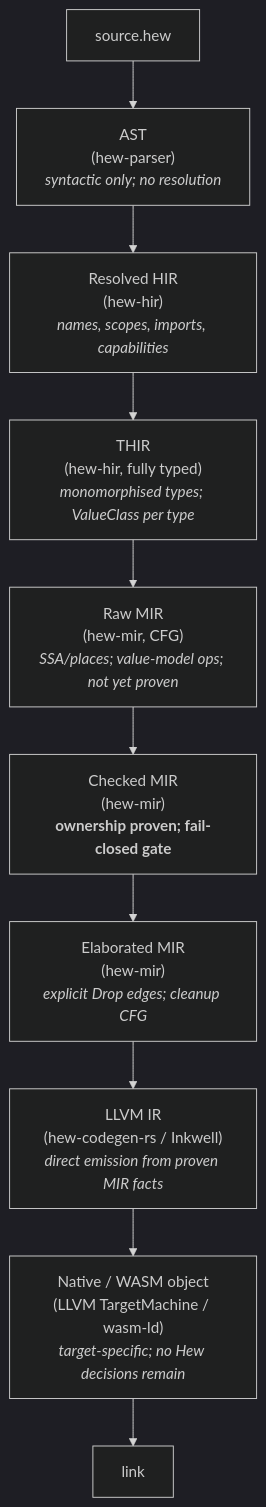
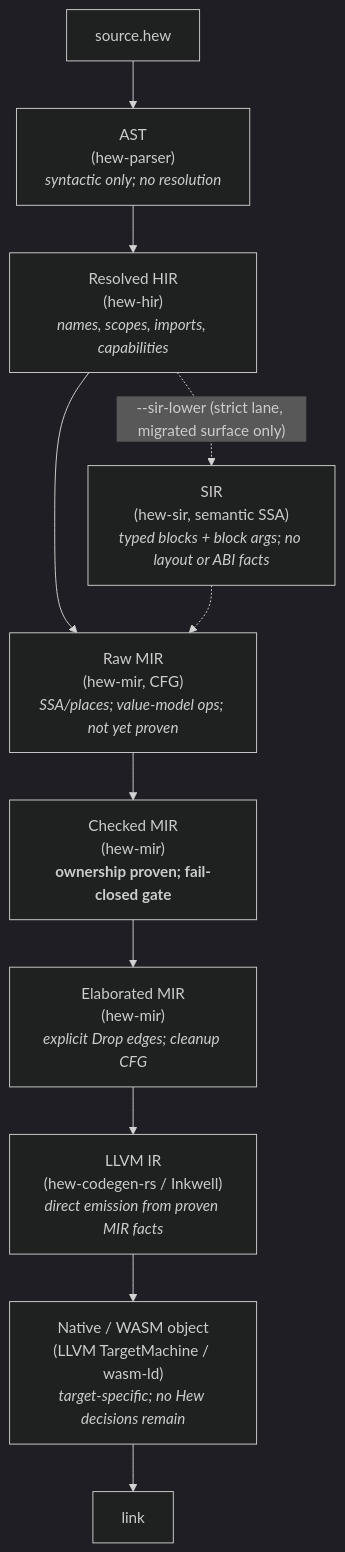
One commit to hew-lang/hew changed the first of 7 diagrams in docs/diagrams.md. Above: the diagram before and after it, drawn with Mermaid (dark theme). The commit also changed other lines of this file and 6 other files, not shown here.

````diff
--- a/docs/diagrams.md
+++ b/docs/diagrams.md
@@ -20,12 +20,13 @@
 ```mermaid
 flowchart TD
     SRC["source.hew"] --> AST["AST<br/>(hew-parser)<br/><i>syntactic only; no resolution</i>"]
     AST --> HIR["Resolved HIR<br/>(hew-hir)<br/><i>names, scopes, imports, capabilities</i>"]
-    HIR --> THIR["THIR<br/>(hew-hir, fully typed)<br/><i>monomorphised types; ValueClass per type</i>"]
-    THIR --> RMIR["Raw MIR<br/>(hew-mir, CFG)<br/><i>SSA/places; value-model ops; not yet proven</i>"]
+    HIR --> RMIR["Raw MIR<br/>(hew-mir, CFG)<br/><i>SSA/places; value-model ops; not yet proven</i>"]
+    HIR -. "--sir-lower (strict lane, migrated surface only)" .-> SIR["SIR<br/>(hew-sir, semantic SSA)<br/><i>typed blocks + block args; no layout or ABI facts</i>"]
+    SIR -.-> RMIR
     RMIR --> CMIR["Checked MIR<br/>(hew-mir)<br/><b>ownership proven; fail-closed gate</b>"]
     CMIR --> EMIR["Elaborated MIR<br/>(hew-mir)<br/><i>explicit Drop edges; cleanup CFG</i>"]
     EMIR --> LLVM["LLVM IR<br/>(hew-codegen-rs / Inkwell)<br/><i>direct emission from proven MIR facts</i>"]
     LLVM --> OBJ["Native / WASM object<br/>(LLVM TargetMachine / wasm-ld)<br/><i>target-specific; no Hew decisions remain</i>"]
     OBJ --> LINK["link"]
 ```
````
